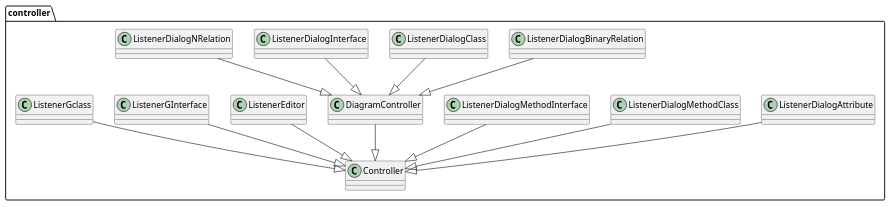
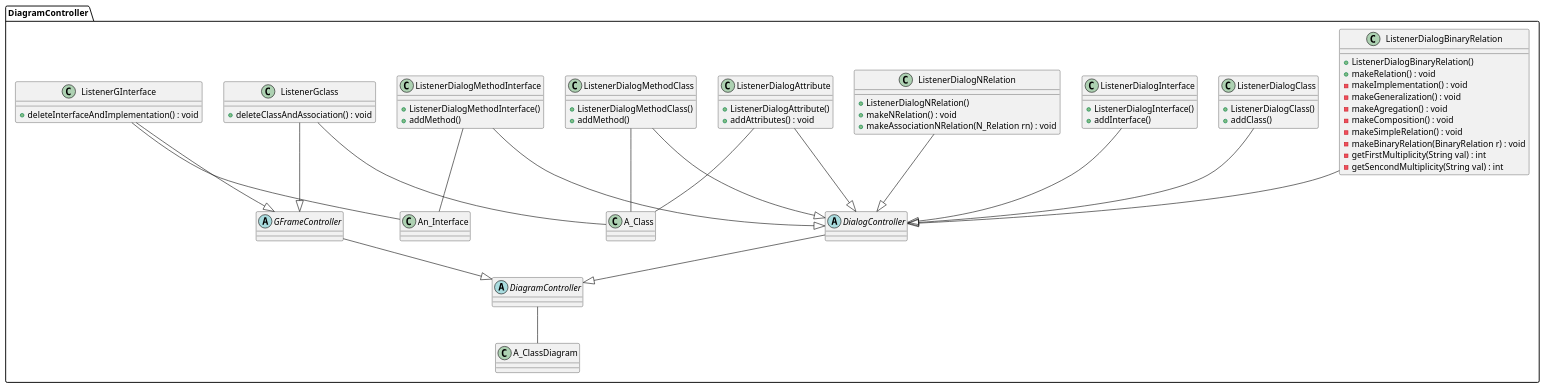
One commit to Phalexei/Modeleur changed the diagram in src/com/github/tomap/uml/conception/classDiagrams/controller.puml. Above: the diagram before and after it, drawn with PlantUML. The commit also changed 12 other files, not shown here.

```diff
--- a/src/com/github/tomap/uml/conception/classDiagrams/controller.puml
+++ b/src/com/github/tomap/uml/conception/classDiagrams/controller.puml
@@ -1,63 +1,103 @@
 @startuml
-package controller <<folder>> {
-    class Controller {
-
+package DiagramController <<folder>> {
+    
+    class A_ClassDiagram {
+    
+    }
+    
+    class A_Class {
+    
+    }
+    
+    class An_Interface {
+    
+    }
+    
+    abstract class DiagramController {
+		
     }
 
-    class DiagramController {
+    abstract class DialogController {
         
     }
 
     class ListenerDialogAttribute {
+    	+ ListenerDialogAttribute()
+    	+ addAttributes() : void
     }
 
     class ListenerDialogBinaryRelation {
-
+		+ ListenerDialogBinaryRelation()
+		+ makeRelation() : void
+		- makeImplementation() : void
+		- makeGeneralization() : void
+		- makeAgregation() : void
+		- makeComposition() : void
+		- makeSimpleRelation() : void
+		- makeBinaryRelation(BinaryRelation r) : void
+		- getFirstMultiplicity(String val) : int
+		- getSencondMultiplicity(String val) : int
     }
 
     class ListenerDialogClass {
-
+		+ ListenerDialogClass()
+		+ addClass()
     }
 
     class ListenerDialogInterface {
-
+		+ ListenerDialogInterface()
+		+ addInterface()
     }
 
     class ListenerDialogMethodClass {
-
+		+ ListenerDialogMethodClass()
+		+ addMethod()
     }
 
     class ListenerDialogMethodInterface {
-
+		+ ListenerDialogMethodInterface()
+		+ addMethod()
     }
 
     class ListenerDialogNRelation {
-
-    }
-
-    class ListenerEditor {
-
+		+ ListenerDialogNRelation()
+		+ makeNRelation() : void
+		+ makeAssociationNRelation(N_Relation rn) : void
     }
 
     class ListenerGInterface {
-
+		+ deleteInterfaceAndImplementation() : void
     }
 
     class ListenerGclass {
+		+ deleteClassAndAssociation() : void
+    }
+    
+    abstract class GFrameController {
+    
+    } 
 
-    }
+    ListenerDialogBinaryRelation --|> DialogController
+    ListenerDialogClass --|> DialogController
+    ListenerDialogInterface --|> DialogController
+    ListenerDialogNRelation --|> DialogController
+    ListenerDialogAttribute --|> DialogController
+    ListenerDialogMethodClass --|> DialogController
+    ListenerDialogMethodInterface --|> DialogController
+   
+    DialogController --|> DiagramController
+    ListenerGInterface --|> GFrameController
+    ListenerGclass --|> GFrameController
+    GFrameController --|> DiagramController
+    
 
-    ListenerDialogBinaryRelation --|> DiagramController
-    ListenerDialogClass --|> DiagramController
-    ListenerDialogInterface --|> DiagramController
-    ListenerDialogNRelation --|> DiagramController
-    DiagramController --|> Controller
-    ListenerDialogAttribute --|> Controller
-    ListenerDialogMethodClass --|> Controller
-    ListenerDialogMethodInterface --|> Controller
-    ListenerEditor --|> Controller
-    ListenerGInterface --|> Controller
-    ListenerGclass --|> Controller
+
+	ListenerDialogAttribute -- A_Class
+    ListenerDialogMethodClass -- A_Class
+    ListenerDialogMethodInterface -- An_Interface
+    ListenerGInterface -- An_Interface
+    ListenerGclass -- A_Class
+    DiagramController -- A_ClassDiagram
 }
 
 @enduml
```
